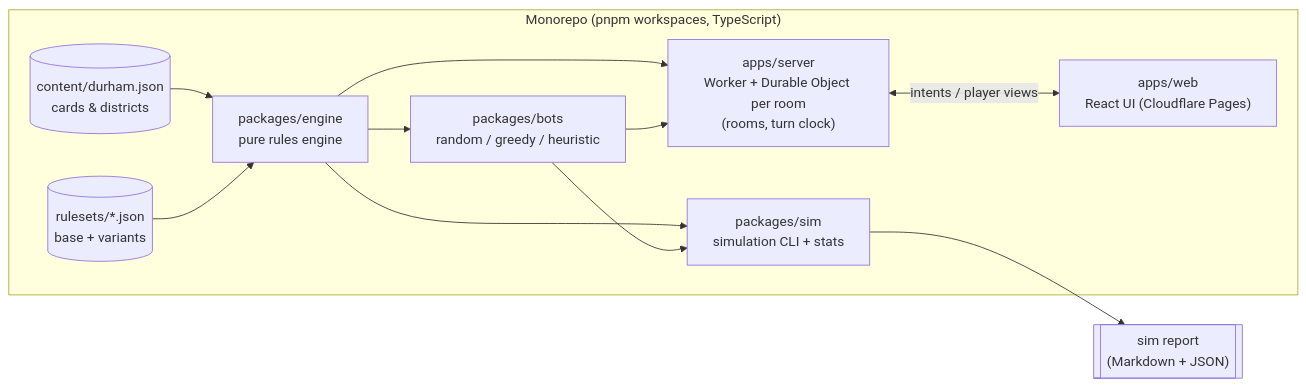
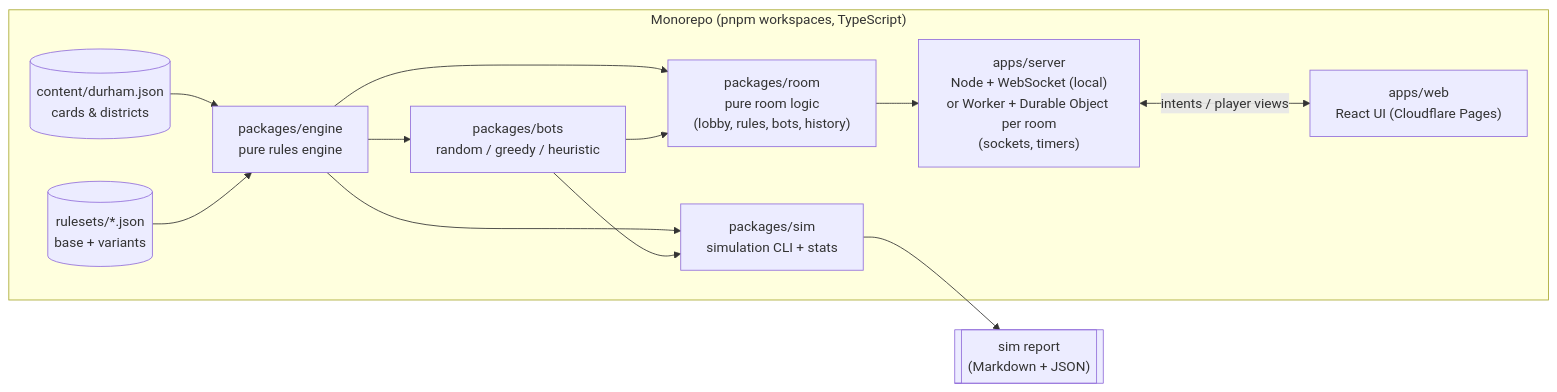
One commit to ddblz/bull-city-blocks changed the first of 5 diagrams in docs/ARCHITECTURE.md. Above: the diagram before and after it, drawn with Mermaid. The commit also changed other lines of this file and 11 other files, not shown here.

First line of the commit message:
room: pure room logic for online play (lobby, rules + overrides, bots, history)

````diff
--- a/docs/ARCHITECTURE.md
+++ b/docs/ARCHITECTURE.md
@@ -14,21 +14,23 @@
 ```mermaid
 flowchart LR
   subgraph Repo["Monorepo (pnpm workspaces, TypeScript)"]
     content[("content/durham.json<br/>cards & districts")]
     rulesets[("rulesets/*.json<br/>base + variants")]
     engine["packages/engine<br/>pure rules engine"]
     bots["packages/bots<br/>random / greedy / heuristic"]
     sim["packages/sim<br/>simulation CLI + stats"]
-    server["apps/server<br/>Worker + Durable Object per room<br/>(rooms, turn clock)"]
+    room["packages/room<br/>pure room logic<br/>(lobby, rules, bots, history)"]
+    server["apps/server<br/>Node + WebSocket (local)<br/>or Worker + Durable Object per room<br/>(sockets, timers)"]
     web["apps/web<br/>React UI (Cloudflare Pages)"]
   end
   content --> engine
   rulesets --> engine
   engine --> bots
   engine --> sim
   bots --> sim
-  engine --> server
-  bots --> server
+  engine --> room
+  bots --> room
+  room --> server
   server <-->|"intents / player views"| web
   sim --> report[["sim report<br/>(Markdown + JSON)"]]
 ```
````
